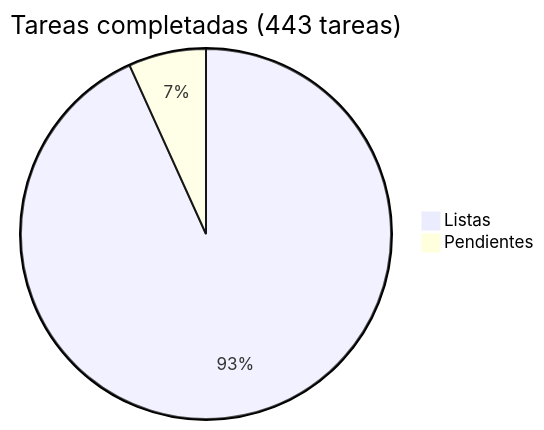
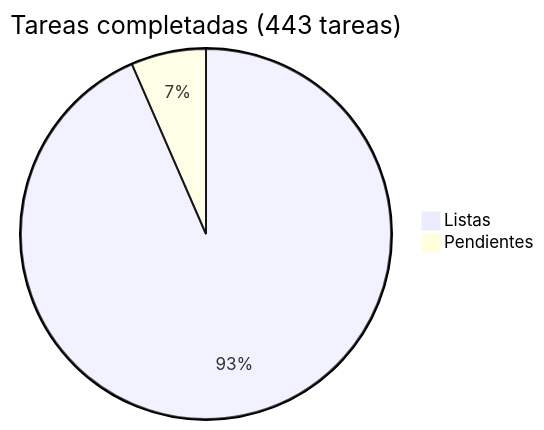
The diagram in docs/roadmap/README.md (araguaney-lat/araguaney), drawn with Mermaid before and after one commit. The commit also changed other lines of this file and 6 other files, not shown here.

````diff
--- a/docs/roadmap/README.md
+++ b/docs/roadmap/README.md
@@ -5,5 +5,5 @@
 ```mermaid
 pie title Tareas completadas (443 tareas)
-    "Listas" : 413
-    "Pendientes" : 30
+    "Listas" : 414
+    "Pendientes" : 29
 ```
````
